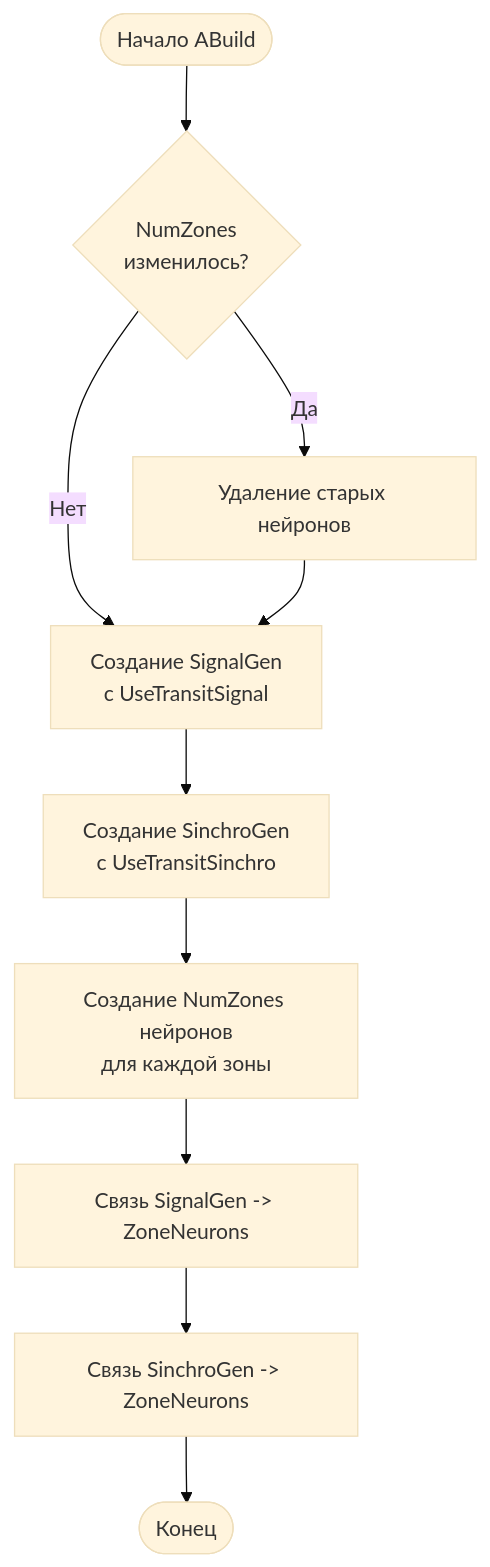
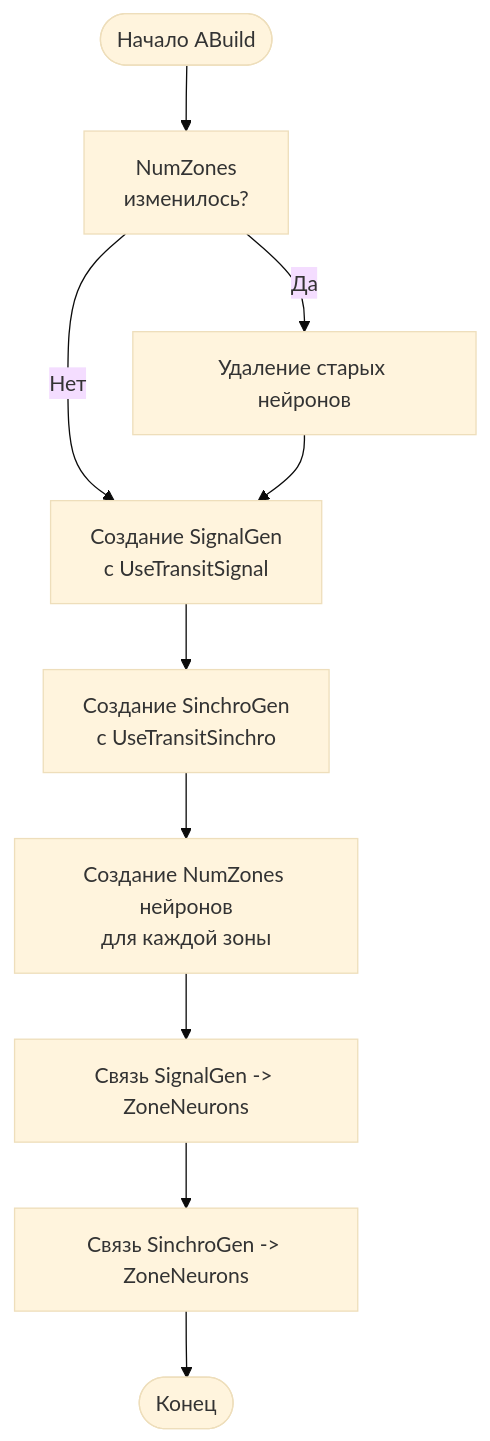
One commit to aicommunity/Nmsdk-MotionControlLib changed the fourth of 5 diagrams in Docs/Components/NSignalEstimation.md. Above: the diagram before and after it, drawn with Mermaid (base theme). The commit also changed other lines of this file and 39 other files, not shown here.

First line of the commit message:
docs(motion): normalize mermaid node ids with quoted labels

````diff
--- a/Docs/Components/NSignalEstimation.md
+++ b/Docs/Components/NSignalEstimation.md
@@ -98,12 +98,12 @@
 ```mermaid
 flowchart TD
-    Start([Начало ABuild]) --> CheckZones{NumZones<br/>изменилось?}
+    Start([Начало ABuild]) --> CheckZones["NumZones<br/>изменилось?"]
     CheckZones -->|Да| DeleteOld[Удаление старых нейронов]
     CheckZones -->|Нет| CreateSignalGen
-    DeleteOld --> CreateSignalGen[Создание SignalGen<br/>с UseTransitSignal]
-    CreateSignalGen --> CreateSinchroGen[Создание SinchroGen<br/>с UseTransitSinchro]
-    CreateSinchroGen --> CreateZoneNeurons[Создание NumZones нейронов<br/>для каждой зоны]
+    DeleteOld --> CreateSignalGen["Создание SignalGen<br/>с UseTransitSignal"]
+    CreateSignalGen --> CreateSinchroGen["Создание SinchroGen<br/>с UseTransitSinchro"]
+    CreateSinchroGen --> CreateZoneNeurons["Создание NumZones нейронов<br/>для каждой зоны"]
     CreateZoneNeurons --> LinkSignal[Связь SignalGen -> ZoneNeurons]
     LinkSignal --> LinkSinchro[Связь SinchroGen -> ZoneNeurons]
     LinkSinchro --> End([Конец])
 ```
````
